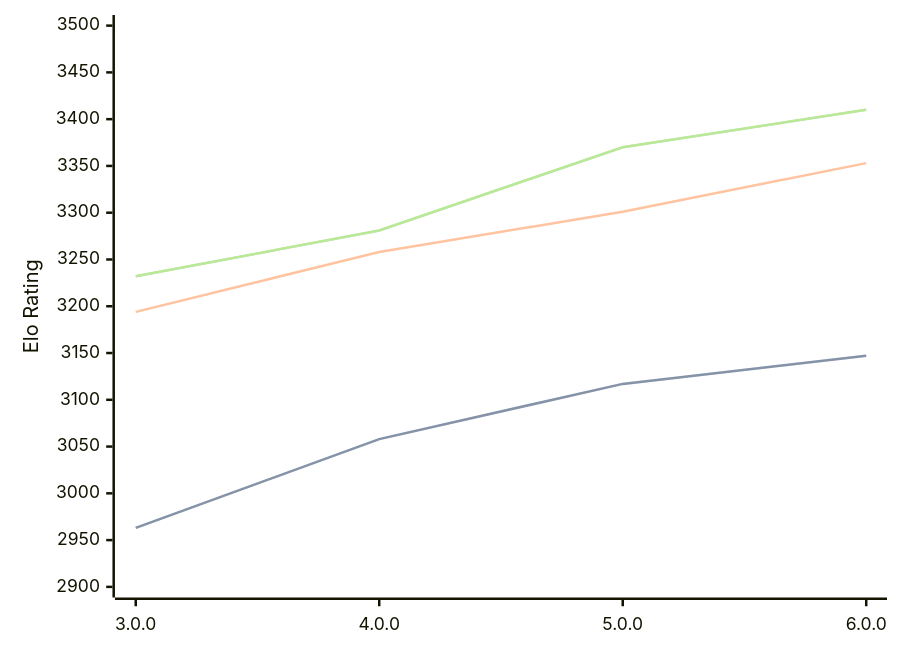
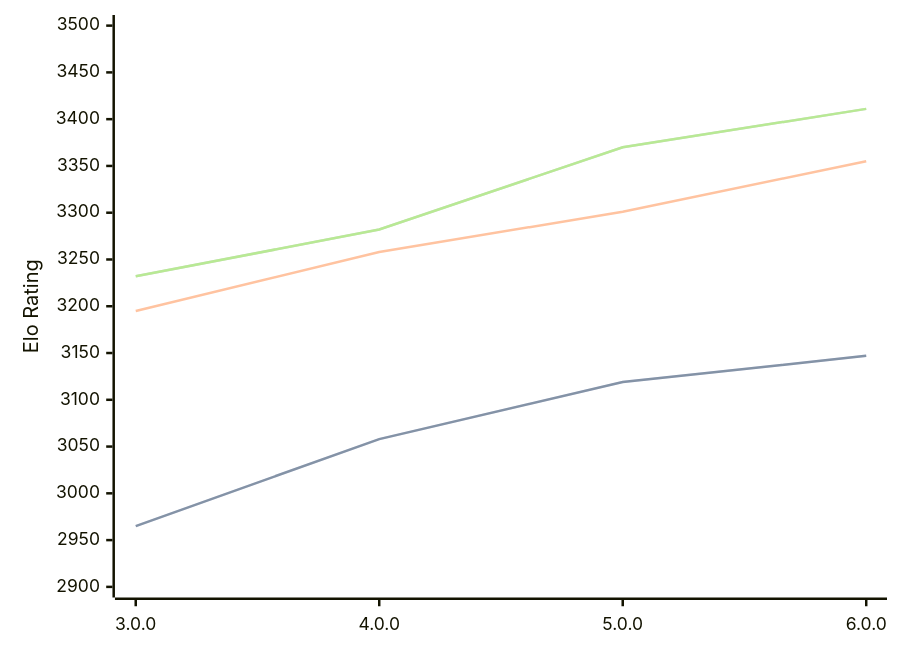
The third of 3 diagrams in engines/Minke.md (computer-chess-index/cci), drawn with Mermaid before and after one commit. The commit also changed other lines of this file, not shown here.

Commit message:
Update CCI Ratings (ELO VLTC) - 2026-06-22

````diff
--- a/engines/Minke.md
+++ b/engines/Minke.md
@@ -69,11 +69,11 @@
 ```mermaid
 %%{init: {"theme":"base","themeVariables":{"seriesColors:['#a3a3a3','#222221','#faa371']}}}%%
 xychart-beta
   x-axis ["3.0.0", "4.0.0", "5.0.0", "6.0.0"]
   y-axis "Elo Rating" 2900 --> 3500
-  line "STC (8.0+0.08s)" [2963, 3058, 3117, 3147]
-  line "STC (8.0+0.08s)" [2963, 3058, 3117, 3147]
-  line "LTC (60.0+0.60s)" [3194, 3258, 3301, 3353]
-  line "VLTC (2m24s+1.12s)" [3232, 3281, 3370, 3410]
-  line "VLTC (2m24s+1.12s)" [3232, 3281, 3370, 3410]
+  line "STC (8.0+0.08s)" [2965, 3058, 3119, 3147]
+  line "STC (8.0+0.08s)" [2965, 3058, 3119, 3147]
+  line "LTC (60.0+0.60s)" [3195, 3258, 3301, 3355]
+  line "VLTC (2m24s+1.12s)" [3232, 3282, 3370, 3411]
+  line "VLTC (2m24s+1.12s)" [3232, 3282, 3370, 3411]
 ```
````
